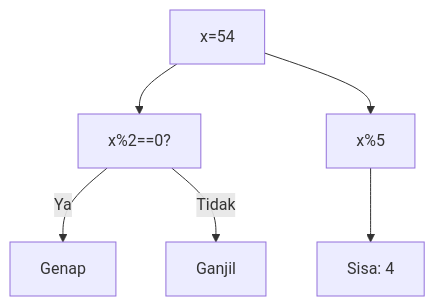
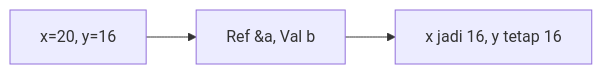
Before and after one commit to amnahwaida/OSNK_INF_PREP: the fifth of 25 diagrams in part-c-pemahaman-cpp/04-fungsi/latihan/set-10.md, drawn with Mermaid. The commit also changed other lines of this file and 71 other files, not shown here.

````diff
--- a/part-c-pemahaman-cpp/04-fungsi/latihan/set-10.md
+++ b/part-c-pemahaman-cpp/04-fungsi/latihan/set-10.md
@@ -154,8 +126,5 @@
 ```mermaid
-graph TD
-A["x=54"] --> B["x%2==0?"]
-B -- Ya --> C["Genap"]
-B -- Tidak --> D["Ganjil"]
-A --> E["x%5"]
-E --> F["Sisa: 4"]
+graph LR
+A["x=20, y=16"] --> B["Ref &a, Val b"]
+B --> C["x jadi 16, y tetap 16"]
 ```
````
